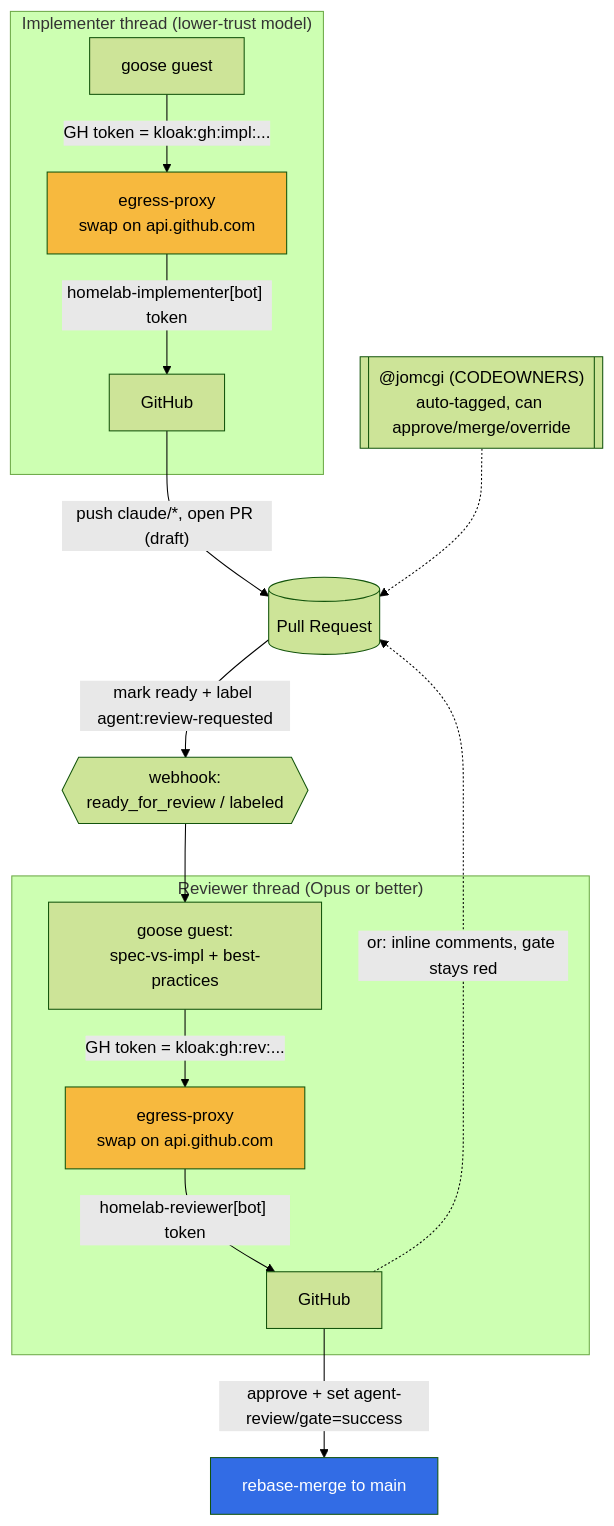
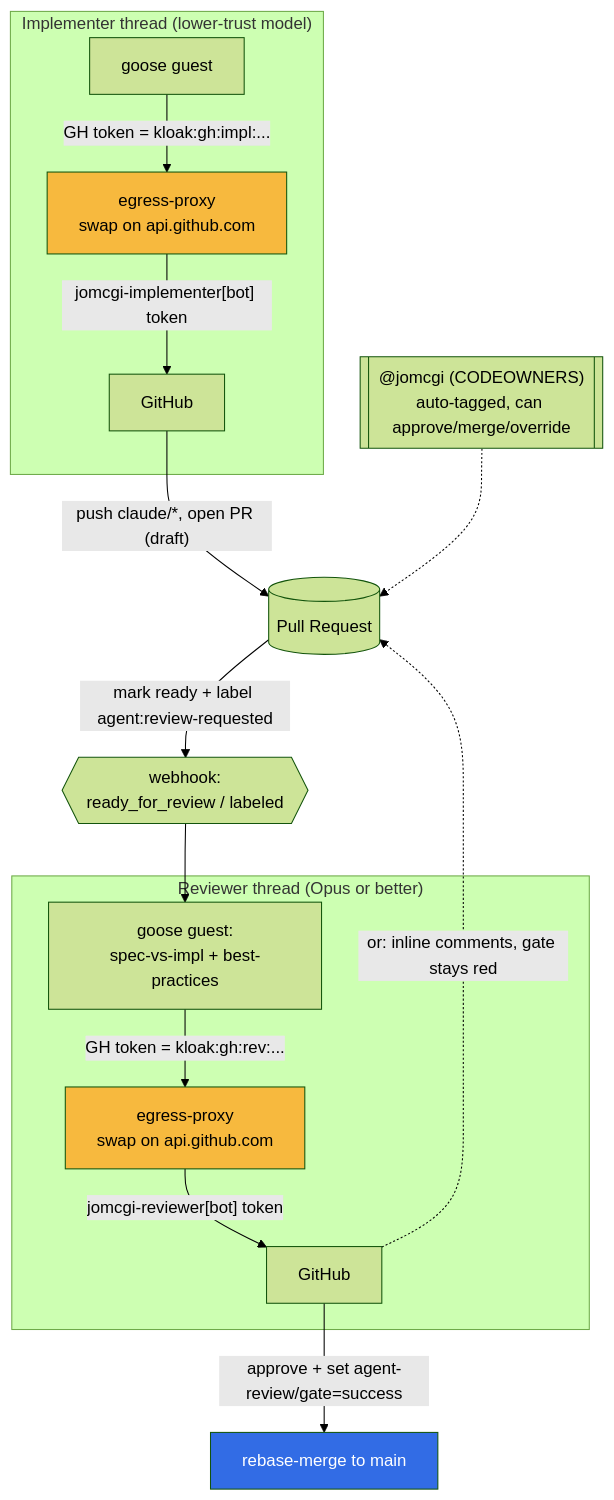
The diagram in docs/decisions/agents/027-agent-github-app-roles.md (jomcgi-org/homelab), drawn with Mermaid (forest theme) before and after one commit. The commit also changed other lines of this file and 1 other file, not shown here.

````diff
--- a/docs/decisions/agents/027-agent-github-app-roles.md
+++ b/docs/decisions/agents/027-agent-github-app-roles.md
@@ -65,25 +65,25 @@
 ```mermaid
 graph TB
     subgraph impl["Implementer thread (lower-trust model)"]
       IA[goose guest] -->|"GH token = kloak:gh:impl:..."| IPX[egress-proxy<br/>swap on api.github.com]
-      IPX -->|"homelab-implementer[bot] token"| GH1[GitHub]
+      IPX -->|"jomcgi-implementer[bot] token"| GH1[GitHub]
     end
 
     GH1 -->|"push claude/*, open PR (draft)"| PR[(Pull Request)]
     PR -->|"mark ready + label agent:review-requested"| Hook{{webhook:<br/>ready_for_review / labeled}}
 
     Hook --> RV
     subgraph rev["Reviewer thread (Opus or better)"]
       RV[goose guest:<br/>spec-vs-impl + best-practices] -->|"GH token = kloak:gh:rev:..."| RPX[egress-proxy<br/>swap on api.github.com]
-      RPX -->|"homelab-reviewer[bot] token"| GH2[GitHub]
+      RPX -->|"jomcgi-reviewer[bot] token"| GH2[GitHub]
     end
 
     GH2 -->|"approve + set agent-review/gate=success"| Merge[rebase-merge to main]
     GH2 -.->|"or: inline comments, gate stays red"| PR
 
     Owner[["@jomcgi (CODEOWNERS)<br/>auto-tagged, can approve/merge/override"]] -.-> PR
 
     style IPX fill:#F7B93E,color:#000
     style RPX fill:#F7B93E,color:#000
     style Merge fill:#326CE5,color:#fff
 ```
````
